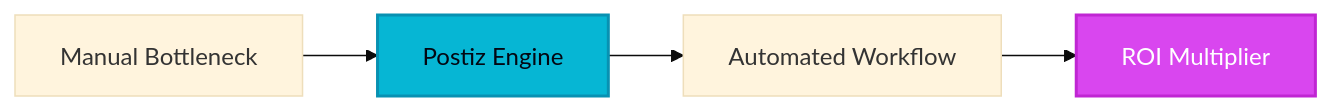
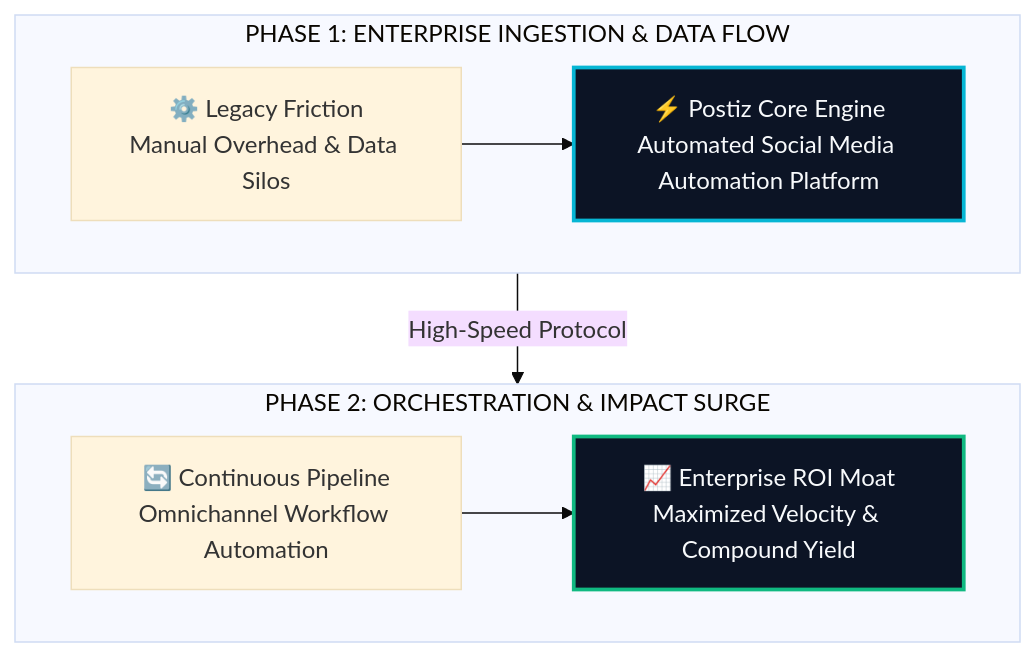
The diagram in site/src/content/blog/postiz-evolution-guide-2026.md (heliatech-media/saas-radar), drawn with Mermaid (base theme) before and after one commit. The commit also changed 97 other files, not shown here.

First line of the commit message:
feat(diagrams): upgrade all article architecture schemas to high-impact 2-tier responsive vector blueprints

````diff
--- a/site/src/content/blog/postiz-evolution-guide-2026.md
+++ b/site/src/content/blog/postiz-evolution-guide-2026.md
@@ -69,8 +69,14 @@
 ```mermaid
-flowchart LR
-    A[Manual Bottleneck] --> B[Postiz Engine]
-    B --> C[Automated Workflow]
-    C --> D[ROI Multiplier]
-    style B fill:#06b6d4,stroke:#0891b2,stroke-width:2px,color:#030712
-    style D fill:#d946ef,stroke:#c026d3,stroke-width:2px,color:#ffffff
+flowchart TD
+    subgraph S1["PHASE 1: ENTERPRISE INGESTION & DATA FLOW"]
+        direction LR
+        A["⚙️ Legacy Friction<br/>Manual Overhead & Data Silos"] --> B["⚡ Postiz Core Engine<br/>Automated Social Media Automation Platform"]
+    end
+    subgraph S2["PHASE 2: ORCHESTRATION & IMPACT SURGE"]
+        direction LR
+        C["🔄 Continuous Pipeline<br/>Omnichannel Workflow Automation"] --> D["📈 Enterprise ROI Moat<br/>Maximized Velocity & Compound Yield"]
+    end
+    S1 -->|High-Speed Protocol| S2
+    style B fill:#0c1425,stroke:#06b6d4,stroke-width:2.5px,color:#f8fafc
+    style D fill:#0c1425,stroke:#10b981,stroke-width:2.5px,color:#f8fafc
 ```
````
